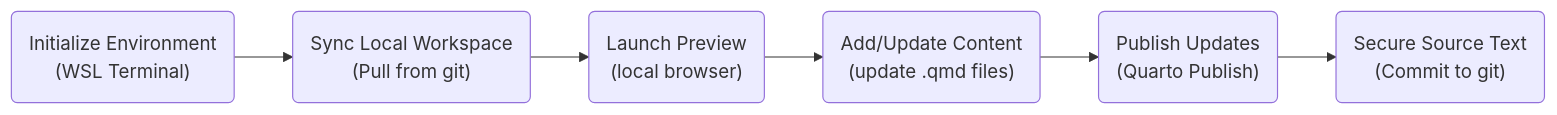
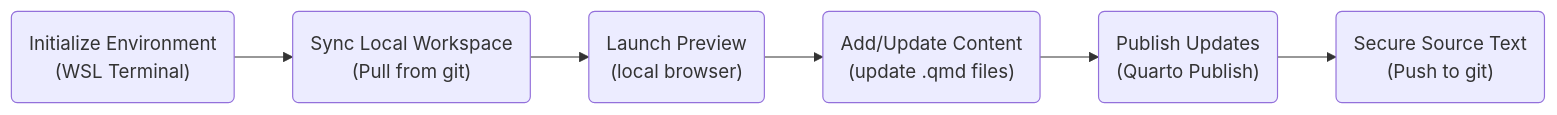
The diagram in 05-ongoing-management.qmd (anantpad/markdown-to-cloud), drawn with Mermaid before and after one commit. The commit also changed other lines of this file and 23 other files, not shown here.

````diff
--- a/05-ongoing-management.qmd
+++ b/05-ongoing-management.qmd
@@ -11,8 +17,8 @@
 ```{mermaid}
 %%| label: fig-quarto-workflow
 %%| fig-cap: "Daily Writing and Publishing Workflow"
 flowchart LR
 %% Define
     A("Initialize Environment<br>(WSL Terminal)") --> B("Sync Local Workspace<br>(Pull from git)") --> C("Launch Preview<br>(local browser)")
-    C --> D("Add/Update Content<br>(update .qmd files)") --> E("Publish Updates<br>(Quarto Publish)") --> F("Secure Source Text<br>(Commit to git)")
+    C --> D("Add/Update Content<br>(update .qmd files)") --> E("Publish Updates<br>(Quarto Publish)") --> F("Secure Source Text<br>(Push to git)")
 ```
````
